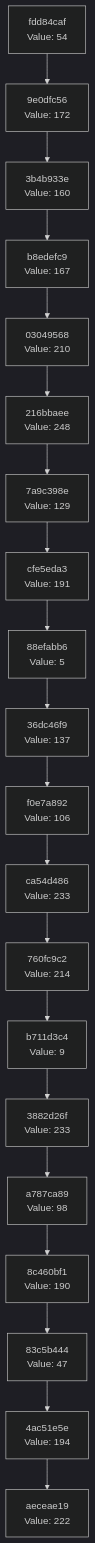
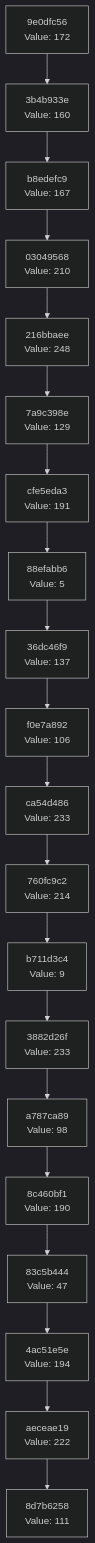
Before and after one commit to Abhisheksinha1506/hash-chain-evolver: the diagram in docs/CHAIN_VISUALIZATION.md, drawn with Mermaid (dark theme). The commit also changed 2 other files, not shown here.

Commit message:
Evolution step: hash 0x6F → action executed

````diff
--- a/docs/CHAIN_VISUALIZATION.md
+++ b/docs/CHAIN_VISUALIZATION.md
@@ -3,42 +3,42 @@
 ```mermaid
 graph TD
-    C0["aeceae19<br/>Value: 222"]
-    C1["4ac51e5e<br/>Value: 194"]
+    C0["8d7b6258<br/>Value: 111"]
+    C1["aeceae19<br/>Value: 222"]
     C1 --> C0
-    C2["83c5b444<br/>Value: 47"]
+    C2["4ac51e5e<br/>Value: 194"]
     C2 --> C1
-    C3["8c460bf1<br/>Value: 190"]
+    C3["83c5b444<br/>Value: 47"]
     C3 --> C2
-    C4["a787ca89<br/>Value: 98"]
+    C4["8c460bf1<br/>Value: 190"]
     C4 --> C3
-    C5["3882d26f<br/>Value: 233"]
+    C5["a787ca89<br/>Value: 98"]
     C5 --> C4
-    C6["b711d3c4<br/>Value: 9"]
+    C6["3882d26f<br/>Value: 233"]
     C6 --> C5
-    C7["760fc9c2<br/>Value: 214"]
+    C7["b711d3c4<br/>Value: 9"]
     C7 --> C6
-    C8["ca54d486<br/>Value: 233"]
+    C8["760fc9c2<br/>Value: 214"]
     C8 --> C7
-    C9["f0e7a892<br/>Value: 106"]
+    C9["ca54d486<br/>Value: 233"]
     C9 --> C8
-    C10["36dc46f9<br/>Value: 137"]
+    C10["f0e7a892<br/>Value: 106"]
     C10 --> C9
-    C11["88efabb6<br/>Value: 5"]
+    C11["36dc46f9<br/>Value: 137"]
     C11 --> C10
-    C12["cfe5eda3<br/>Value: 191"]
+    C12["88efabb6<br/>Value: 5"]
     C12 --> C11
-    C13["7a9c398e<br/>Value: 129"]
+    C13["cfe5eda3<br/>Value: 191"]
     C13 --> C12
-    C14["216bbaee<br/>Value: 248"]
+    C14["7a9c398e<br/>Value: 129"]
     C14 --> C13
-    C15["03049568<br/>Value: 210"]
+    C15["216bbaee<br/>Value: 248"]
     C15 --> C14
-    C16["b8edefc9<br/>Value: 167"]
+    C16["03049568<br/>Value: 210"]
     C16 --> C15
-    C17["3b4b933e<br/>Value: 160"]
+    C17["b8edefc9<br/>Value: 167"]
     C17 --> C16
-    C18["9e0dfc56<br/>Value: 172"]
+    C18["3b4b933e<br/>Value: 160"]
     C18 --> C17
-    C19["fdd84caf<br/>Value: 54"]
+    C19["9e0dfc56<br/>Value: 172"]
     C19 --> C18
 ```
````
